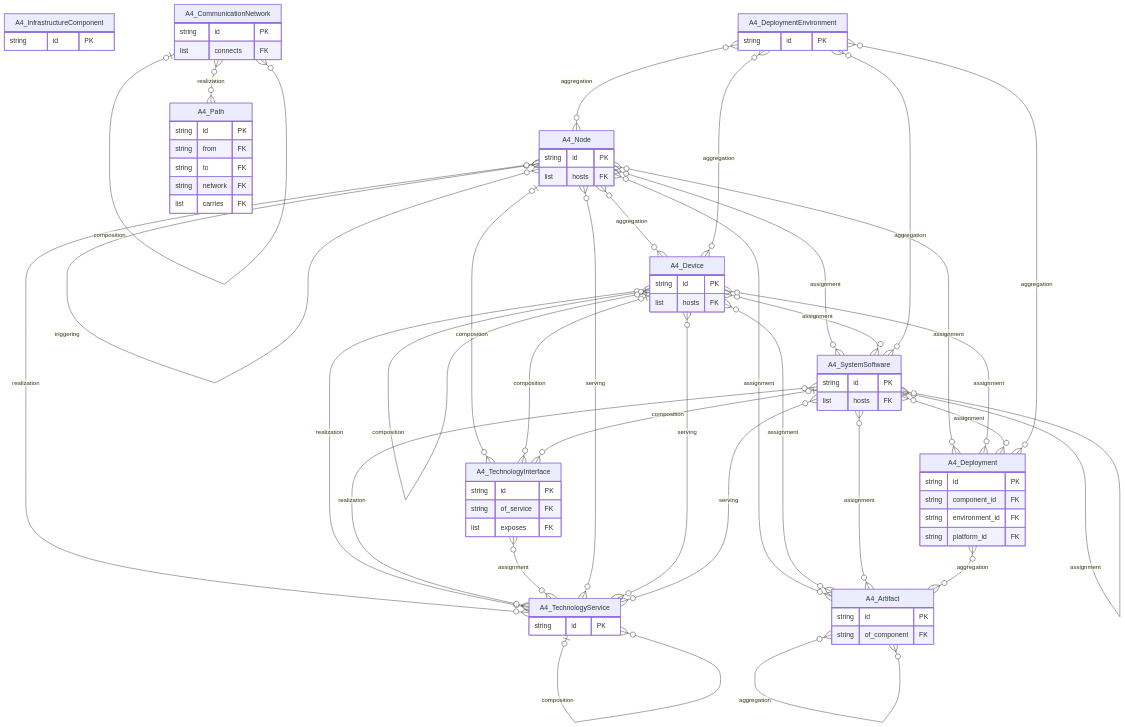
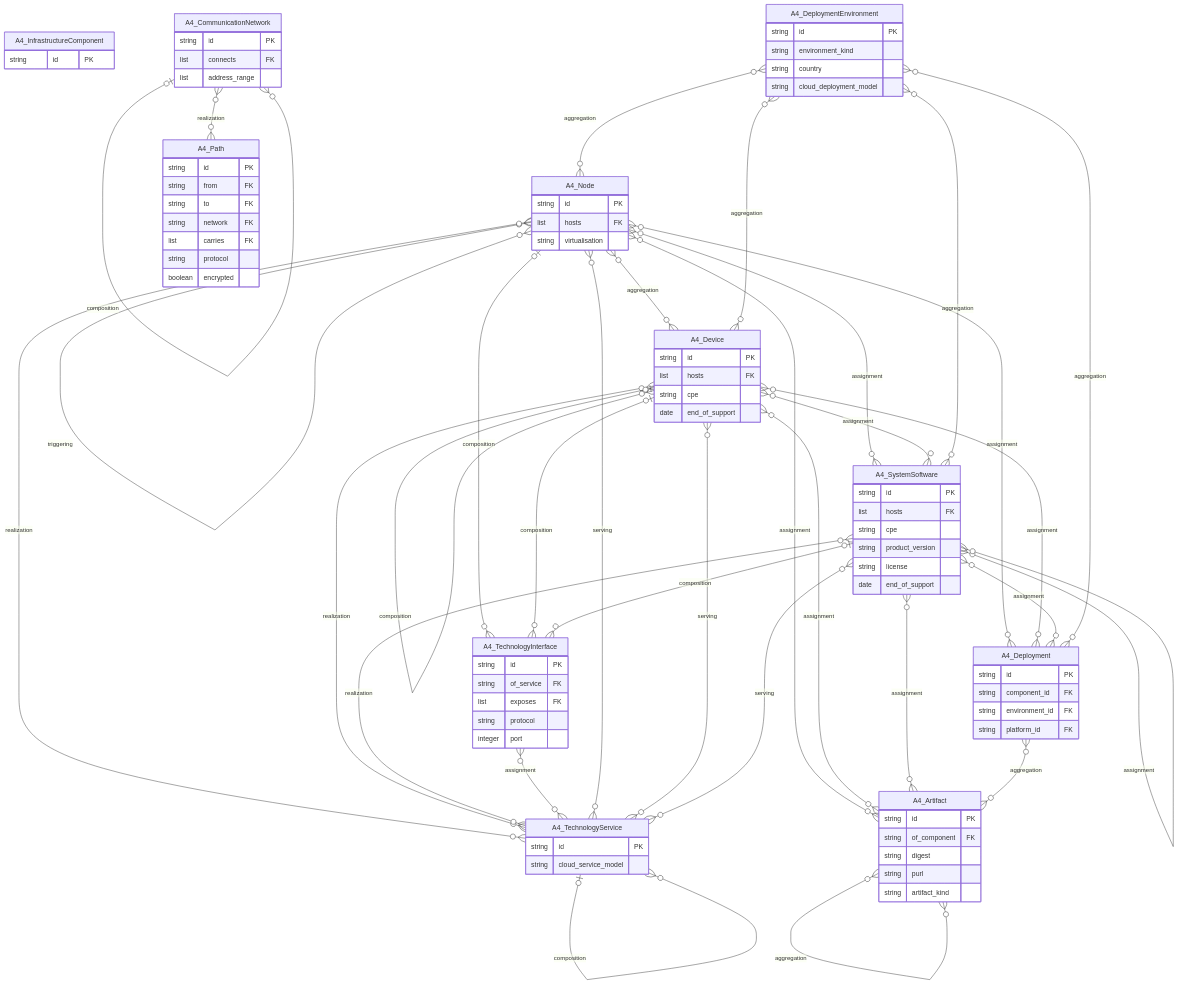
Before and after one commit to taumoeps/bian-sdem-framework: the fourth of 4 diagrams in docs/logical-data-model.md, drawn with Mermaid. The commit also changed other lines of this file and 11 other files, not shown here.

```diff
--- a/docs/logical-data-model.md
+++ b/docs/logical-data-model.md
@@ -1180,30 +1218,44 @@
     }
     A4_DeploymentEnvironment {
         string id PK
+        string environment_kind
+        string country
+        string cloud_deployment_model
     }
     A4_Node {
         string id PK
         list hosts FK
+        string virtualisation
     }
     A4_Device {
         string id PK
         list hosts FK
+        string cpe
+        date end_of_support
     }
     A4_SystemSoftware {
         string id PK
         list hosts FK
+        string cpe
+        string product_version
+        string license
+        date end_of_support
     }
     A4_TechnologyService {
         string id PK
+        string cloud_service_model
     }
     A4_TechnologyInterface {
         string id PK
         string of_service FK
         list exposes FK
+        string protocol
+        integer port
     }
     A4_CommunicationNetwork {
         string id PK
         list connects FK
+        list address_range
     }
     A4_Path {
         string id PK
@@ -1211,10 +1263,15 @@
         string to FK
         string network FK
         list carries FK
+        string protocol
+        boolean encrypted
     }
     A4_Artifact {
         string id PK
         string of_component FK
+        string digest
+        string purl
+        string artifact_kind
     }
     A4_Node |o--o{ A4_Node : "composition"
     A4_Node }o--o{ A4_Node : "aggregation"
```
